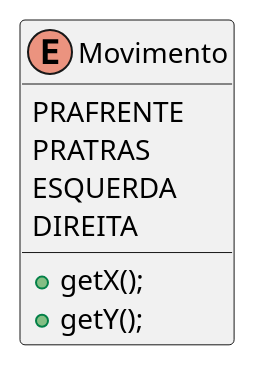
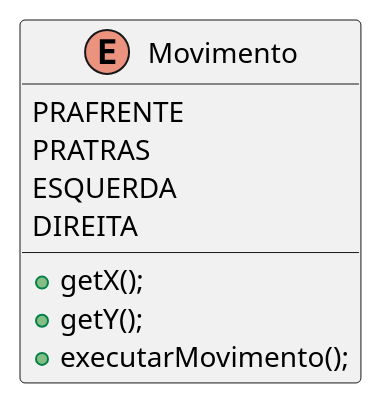
Before and after one commit to 20242-ifba-saj-ads-ppr/framework-equipe5: the diagram in src/frameworkJogoDeTabuleiro/model/multiton/movimento/estruturaMovimento.puml, drawn with PlantUML.

Commit message:
Atualizações:
* Adiciona método executarMovimento à enumeração Movimento

```diff
--- a/src/frameworkJogoDeTabuleiro/model/multiton/movimento/estruturaMovimento.puml
+++ b/src/frameworkJogoDeTabuleiro/model/multiton/movimento/estruturaMovimento.puml
@@ -1,15 +1,16 @@
 @startuml
 
 skinparam linetype ortho
 
 enum Movimento {
     PRAFRENTE
     PRATRAS
     ESQUERDA
     DIREITA
 
     + getX();
     + getY();
+    + executarMovimento();
 }
 
 @enduml
```
